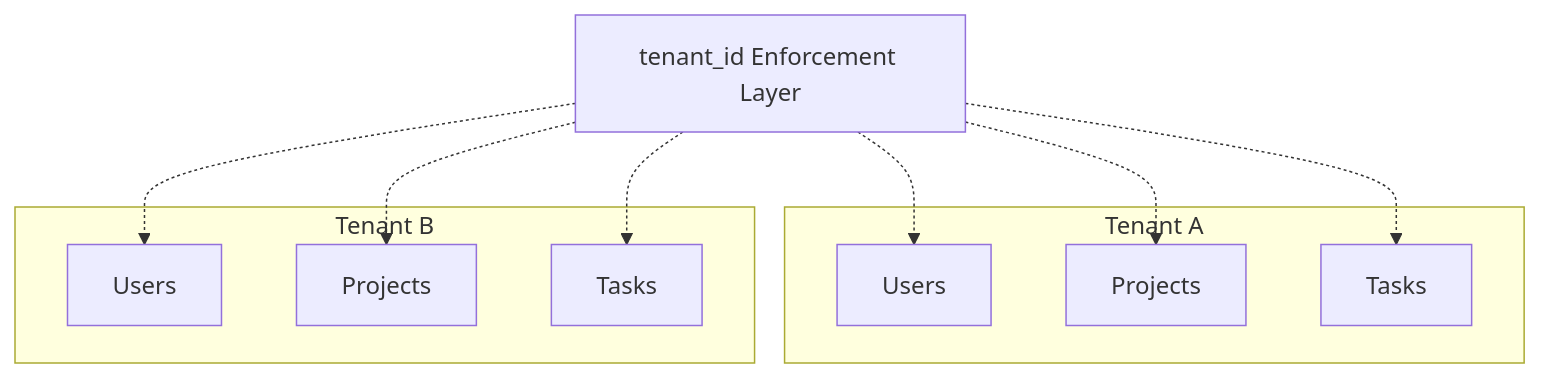
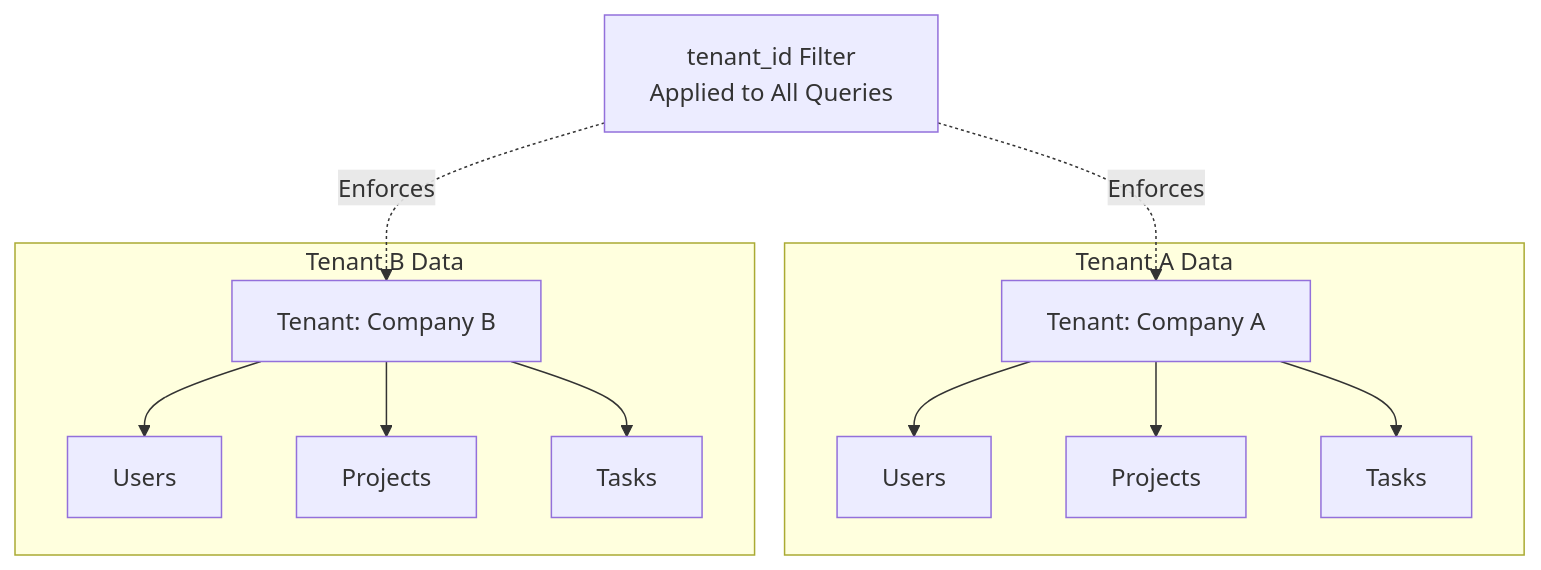
The fourth of 4 diagrams in docs/architecture.md (navya1129/multi-tenant-saas), drawn with Mermaid before and after one commit. The commit also changed other lines of this file and 26 other files, not shown here.

````diff
--- a/docs/architecture.md
+++ b/docs/architecture.md
@@ -207,24 +197,29 @@
 ```mermaid
 graph TB
-    subgraph "Tenant A"
-        AUsers[Users]
-        AProjects[Projects]
-        ATasks[Tasks]
+    subgraph "Tenant A Data"
+        TA[Tenant: Company A]
+        UA[Users]
+        PA[Projects]
+        TKA[Tasks]
     end
     
-    subgraph "Tenant B"
-        BUsers[Users]
-        BProjects[Projects]
-        BTasks[Tasks]
+    subgraph "Tenant B Data"
+        TB[Tenant: Company B]
+        UB[Users]
+        PB[Projects]
+        TKB[Tasks]
     end
     
-    Filter[tenant_id Enforcement Layer]
+    Filter[tenant_id Filter<br/>Applied to All Queries]
     
-    Filter -.-> AUsers
-    Filter -.-> AProjects
-    Filter -.-> ATasks
+    TA --> UA
+    TA --> PA
+    TA --> TKA
     
-    Filter -.-> BUsers
-    Filter -.-> BProjects
-    Filter -.-> BTasks
+    TB --> UB
+    TB --> PB
+    TB --> TKB
+    
+    Filter -.->|Enforces| TA
+    Filter -.->|Enforces| TB
 ```
````
